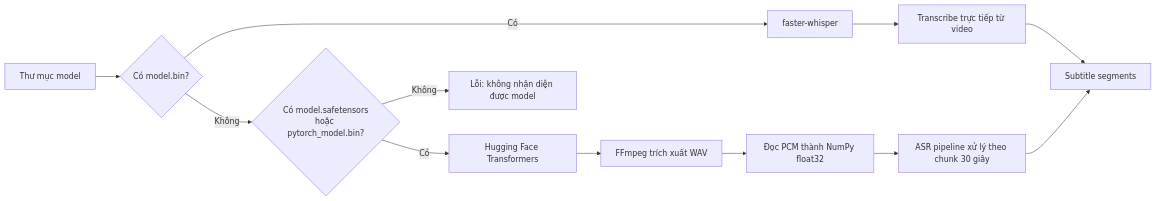
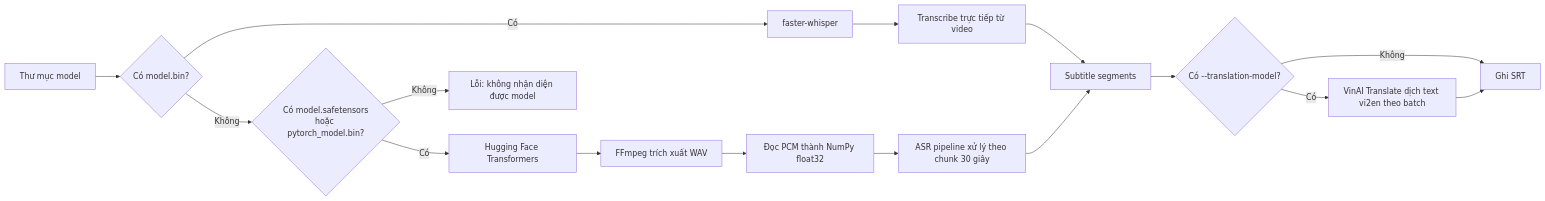
The second of 2 diagrams in README.md (EJH-TienHwng/transcript-video), drawn with Mermaid before and after one commit. The commit also changed other lines of this file and 5 other files, not shown here.

Commit message:
add VinAI translate model method, and test faster-whisper model with english video

````diff
--- a/README.md
+++ b/README.md
@@ -225,14 +245,18 @@
 ```mermaid
 flowchart LR
     A[Thư mục model] --> B{Có model.bin?}
     B -->|Có| C[faster-whisper]
     B -->|Không| D{Có model.safetensors<br/>hoặc pytorch_model.bin?}
     D -->|Có| E[Hugging Face Transformers]
     D -->|Không| F[Lỗi: không nhận diện được model]
     C --> G[Transcribe trực tiếp từ video]
     E --> H[FFmpeg trích xuất WAV]
     H --> I[Đọc PCM thành NumPy float32]
     I --> J[ASR pipeline xử lý theo chunk 30 giây]
     G --> K[Subtitle segments]
     J --> K
+    K --> L{Có --translation-model?}
+    L -->|Có| M[VinAI Translate dịch text vi2en theo batch]
+    L -->|Không| N[Ghi SRT]
+    M --> N
 ```
````
